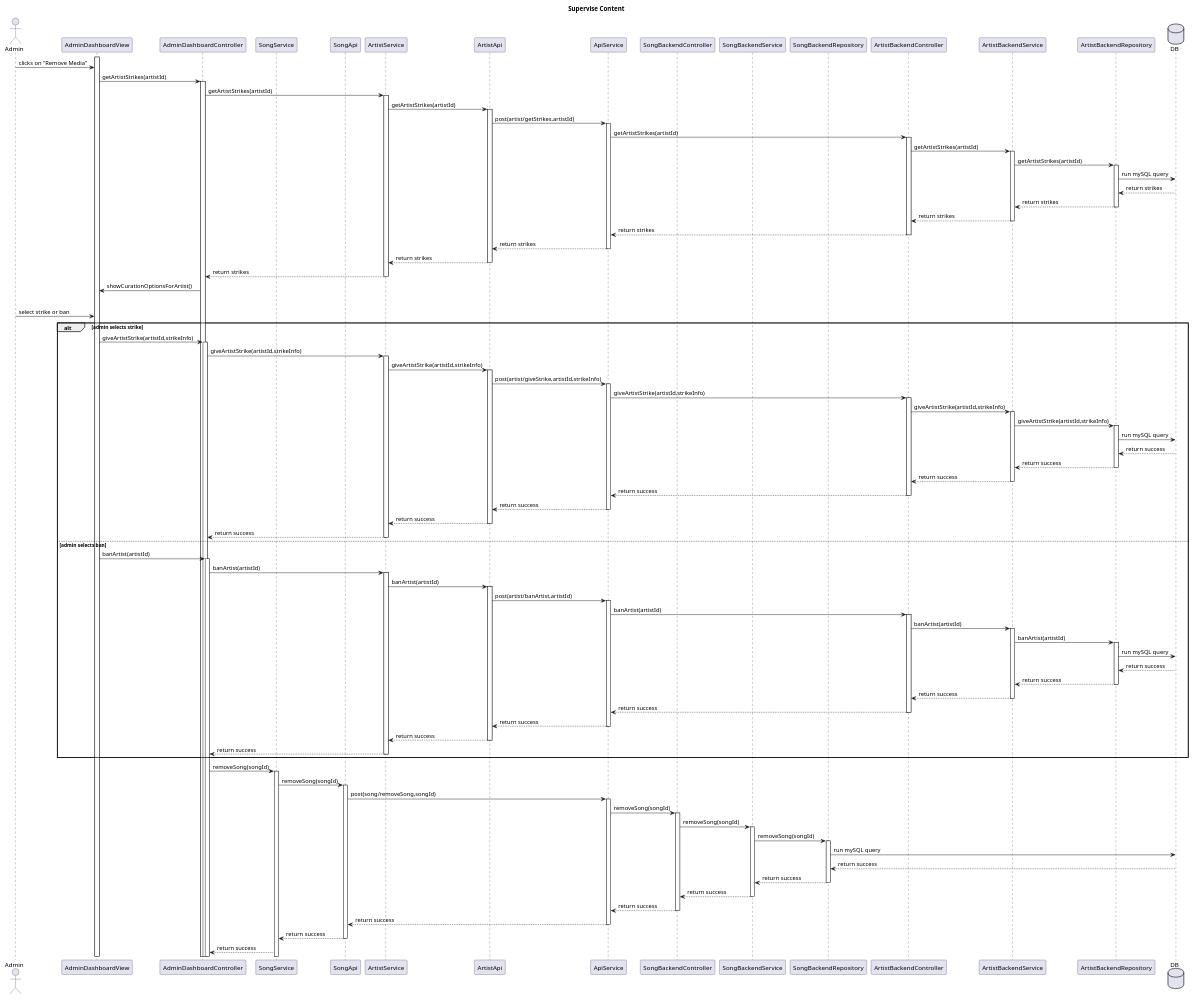
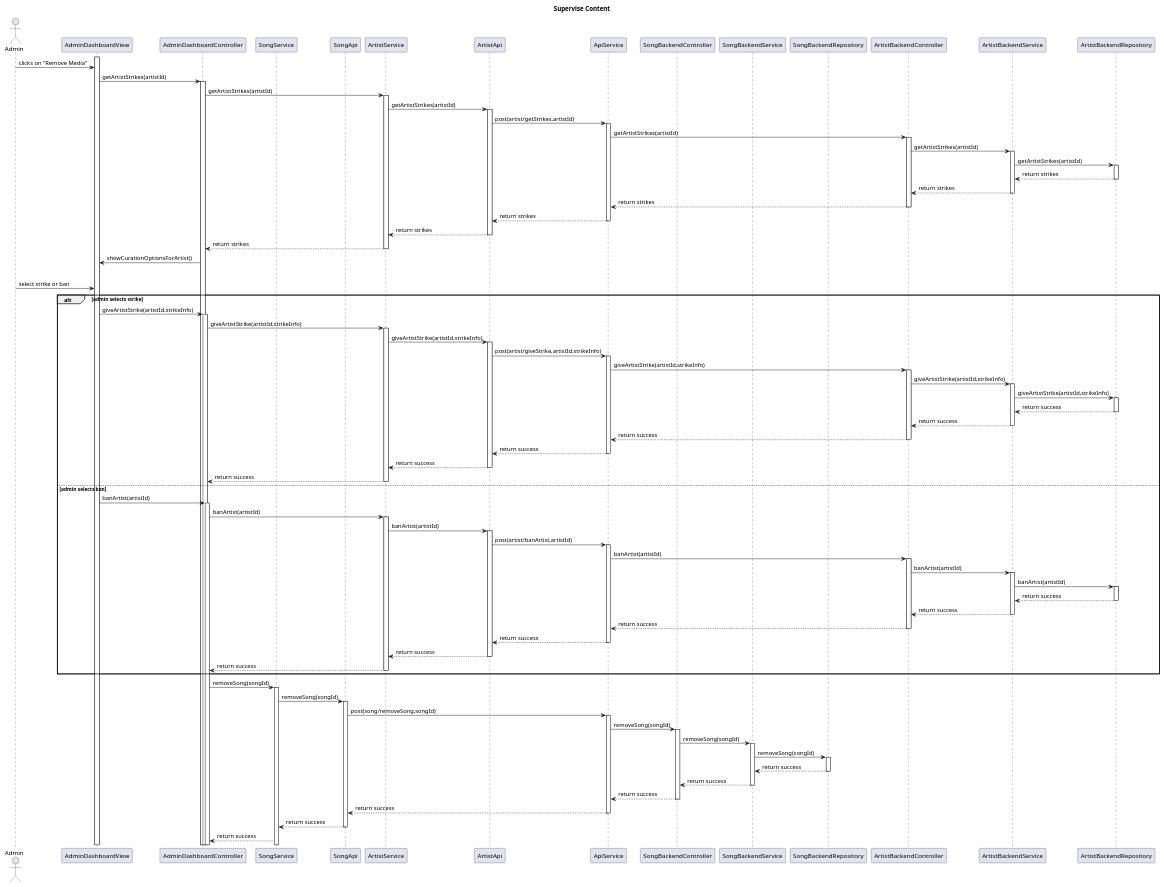
The diagram in Paradoteo_4/SequenceDiagrams-v0.3/SuperviseContent.puml (RubenKingCP/Tunix), drawn with PlantUML before and after one commit. The commit also changed 39 other files, not shown here.

Commit message:
Updates to Sequence Diagrams-v0.3

```diff
--- a/Paradoteo_4/SequenceDiagrams-v0.3/SuperviseContent.puml
+++ b/Paradoteo_4/SequenceDiagrams-v0.3/SuperviseContent.puml
@@ -1,141 +1,132 @@
 @startuml SuperviseContent
 
 title Supervise Content
 
 actor Admin
 
 participant AdminDashboardView
 participant AdminDashboardController
 participant SongService
 participant SongApi
 participant ArtistService
 participant ArtistApi
 participant ApiService
 participant SongBackendController
 participant SongBackendService
 participant SongBackendRepository
 participant ArtistBackendController
 participant ArtistBackendService
 participant ArtistBackendRepository
 
-database DB
 
 activate AdminDashboardView
 Admin -> AdminDashboardView : clicks on "Remove Media"
 AdminDashboardView -> AdminDashboardController : getArtistStrikes(artistId)
 activate AdminDashboardController
 AdminDashboardController -> ArtistService : getArtistStrikes(artistId)
 activate ArtistService
 ArtistService -> ArtistApi : getArtistStrikes(artistId)
 activate ArtistApi
 ArtistApi -> ApiService : post(artist/getStrikes,artistId)
 activate ApiService
 ApiService -> ArtistBackendController : getArtistStrikes(artistId)
 activate ArtistBackendController
 ArtistBackendController -> ArtistBackendService : getArtistStrikes(artistId)
 activate ArtistBackendService
 ArtistBackendService -> ArtistBackendRepository : getArtistStrikes(artistId)
 activate ArtistBackendRepository
-ArtistBackendRepository -> DB : run mySQL query
-DB --> ArtistBackendRepository : return strikes
 ArtistBackendRepository --> ArtistBackendService : return strikes
 deactivate ArtistBackendRepository
 ArtistBackendService --> ArtistBackendController : return strikes
 deactivate ArtistBackendService
 ArtistBackendController --> ApiService : return strikes
 deactivate ArtistBackendController
 ApiService --> ArtistApi : return strikes
 deactivate ApiService
 ArtistApi --> ArtistService : return strikes
 deactivate ArtistApi
 ArtistService --> AdminDashboardController : return strikes
 deactivate ArtistService
 AdminDashboardController -> AdminDashboardView : showCurationOptionsForArtist()
 opt 
 Admin -> AdminDashboardView : select strike or ban
 alt admin selects strike
 AdminDashboardView -> AdminDashboardController : giveArtistStrike(artistId,strikeInfo)
 activate AdminDashboardController
 AdminDashboardController -> ArtistService : giveArtistStrike(artistId,strikeInfo)
 activate ArtistService
 ArtistService -> ArtistApi : giveArtistStrike(artistId,strikeInfo)
 activate ArtistApi
 ArtistApi -> ApiService : post(artist/giveStrike,artistId,strikeInfo)
 activate ApiService
 ApiService -> ArtistBackendController : giveArtistStrike(artistId,strikeInfo)
 activate ArtistBackendController
 ArtistBackendController -> ArtistBackendService : giveArtistStrike(artistId,strikeInfo)
 activate ArtistBackendService
 ArtistBackendService -> ArtistBackendRepository : giveArtistStrike(artistId,strikeInfo)
 activate ArtistBackendRepository
-ArtistBackendRepository -> DB : run mySQL query
-DB --> ArtistBackendRepository : return success
 ArtistBackendRepository --> ArtistBackendService : return success
 deactivate ArtistBackendRepository
 ArtistBackendService --> ArtistBackendController : return success
 deactivate ArtistBackendService
 ArtistBackendController --> ApiService : return success
 deactivate ArtistBackendController
 ApiService --> ArtistApi : return success
 deactivate ApiService
 ArtistApi --> ArtistService : return success
 deactivate ArtistApi
 ArtistService --> AdminDashboardController : return success
 deactivate ArtistService
 else admin selects ban
 AdminDashboardView -> AdminDashboardController : banArtist(artistId)
 activate AdminDashboardController
 AdminDashboardController -> ArtistService : banArtist(artistId)
 activate ArtistService
 ArtistService -> ArtistApi : banArtist(artistId)
 activate ArtistApi
 ArtistApi -> ApiService : post(artist/banArtist,artistId)
 activate ApiService
 ApiService -> ArtistBackendController : banArtist(artistId)
 activate ArtistBackendController
 ArtistBackendController -> ArtistBackendService : banArtist(artistId)
 activate ArtistBackendService
 ArtistBackendService -> ArtistBackendRepository : banArtist(artistId)
 activate ArtistBackendRepository
-ArtistBackendRepository -> DB : run mySQL query
-DB --> ArtistBackendRepository : return success
 ArtistBackendRepository --> ArtistBackendService : return success
 deactivate ArtistBackendRepository
 ArtistBackendService --> ArtistBackendController : return success
 deactivate ArtistBackendService
 ArtistBackendController --> ApiService : return success
 deactivate ArtistBackendController
 ApiService --> ArtistApi : return success
 deactivate ApiService
 ArtistApi --> ArtistService : return success
 deactivate ArtistApi
 ArtistService --> AdminDashboardController : return success
 deactivate ArtistService
 end
 AdminDashboardController -> SongService : removeSong(songId)
 activate SongService
 SongService -> SongApi : removeSong(songId)
 activate SongApi
 SongApi -> ApiService : post(song/removeSong,songId)
 activate ApiService
 ApiService -> SongBackendController : removeSong(songId)
 activate SongBackendController
 SongBackendController -> SongBackendService : removeSong(songId)
 activate SongBackendService
 SongBackendService -> SongBackendRepository : removeSong(songId)
 activate SongBackendRepository
-SongBackendRepository -> DB : run mySQL query
-DB --> SongBackendRepository : return success
 SongBackendRepository --> SongBackendService : return success
 deactivate SongBackendRepository
 SongBackendService --> SongBackendController : return success
 deactivate SongBackendService
 SongBackendController --> ApiService : return success
 deactivate SongBackendController
 ApiService --> SongApi : return success
 deactivate ApiService
 SongApi --> SongService : return success
 deactivate SongApi
 SongService --> AdminDashboardController : return success
 
 @enduml
```
